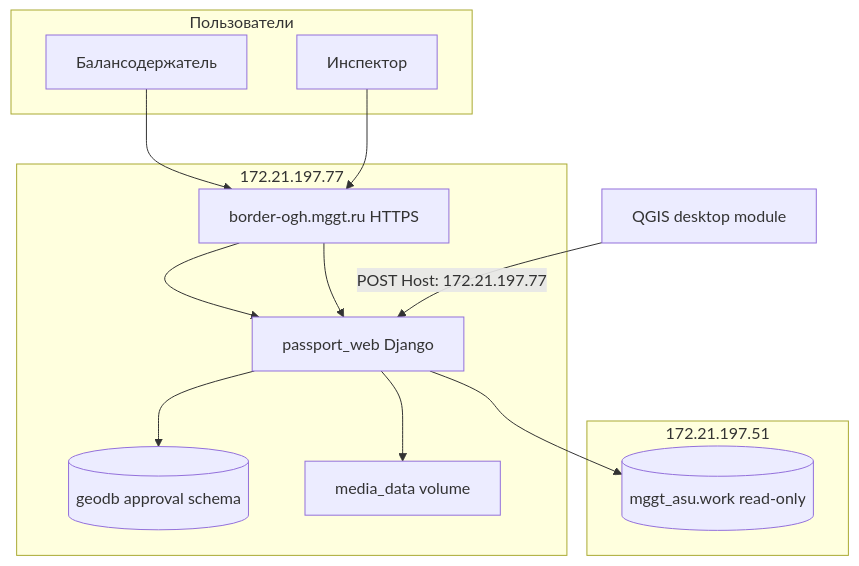
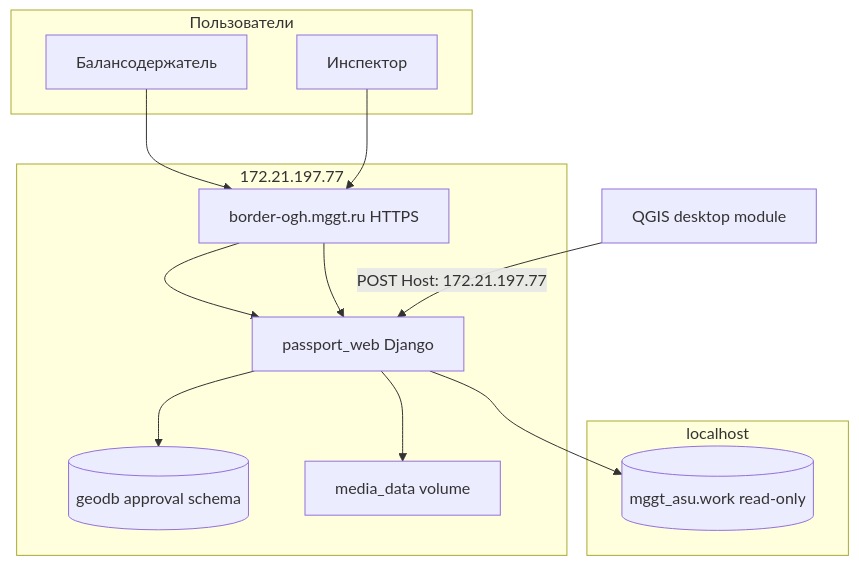
Before and after one commit to mstukalov90-source/Passport_Editor: the diagram in approval_docs/PROD_DEPLOY.md, drawn with Mermaid. The commit also changed other lines of this file and 7 other files, not shown here.

````diff
--- a/approval_docs/PROD_DEPLOY.md
+++ b/approval_docs/PROD_DEPLOY.md
@@ -36,24 +36,24 @@
 ```mermaid
 flowchart TB
     subgraph users [Пользователи]
         Owner[Балансодержатель]
         Inspector[Инспектор]
     end
     subgraph prod [172.21.197.77]
         Proxy[border-ogh.mggt.ru HTTPS]
         Web[passport_web Django]
         Geodb[(geodb approval schema)]
         Media[media_data volume]
     end
-    subgraph gis [172.21.197.51]
+    subgraph gis [localhost]
         WorkDB[(mggt_asu.work read-only)]
     end
     QGIS[QGIS desktop module]
 
     Owner --> Proxy --> Web
     Inspector --> Proxy --> Web
     Web --> Geodb
     Web --> Media
     Web --> WorkDB
     QGIS -->|"POST Host: 172.21.197.77"| Web
 ```
````
